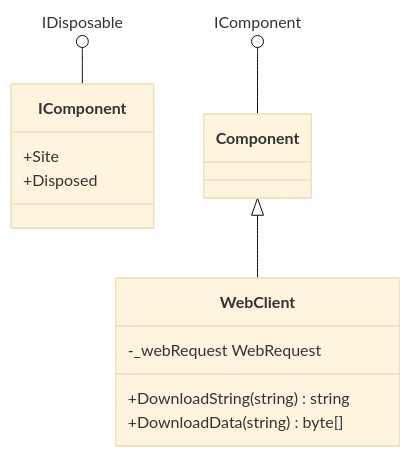
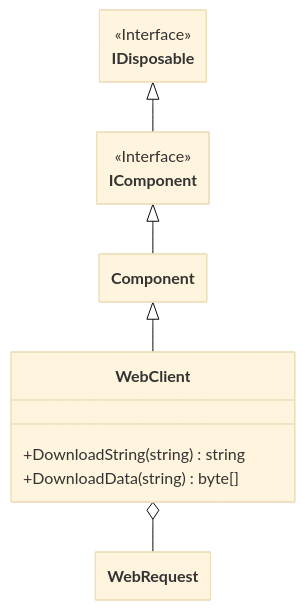
One commit to PacktPublishing/Expert-CSharp-Programming changed the second of 6 diagrams in ch04/ClassHierarchies.md. Above: the diagram before and after it, drawn with Mermaid (base theme). The commit also changed other lines of this file and 7 other files, not shown here.

````diff
--- a/ch04/ClassHierarchies.md
+++ b/ch04/ClassHierarchies.md
@@ -31,17 +36,26 @@
 ```mermaid
+---
+  config:
+    class:
+      hideEmptyMembersBox: true
+---
 classDiagram
     class WebClient{
-        -_webRequest WebRequest
         +DownloadString(string) string
         +DownloadData(string) byte[]
     }
 
     class IComponent{
-        +Site
-        +Disposed
+        <<Interface>>
     }
+
+    class IDisposable{
+        <<Interface>>
+    }
+
     Component <|-- WebClient 
     
-    IComponent ()-- Component
-    IDisposable()-- IComponent
+    IComponent |>-- Component
+    IDisposable<|-- IComponent
+    WebClient o-- WebRequest
 ```
````
